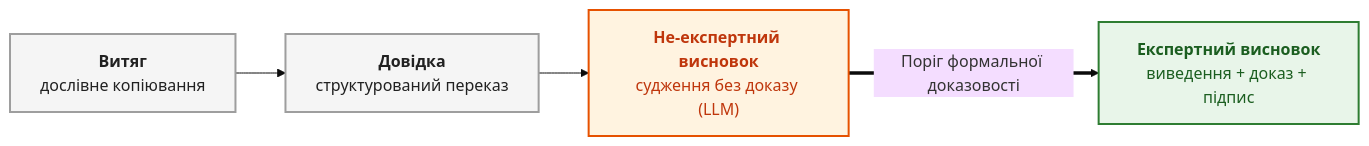
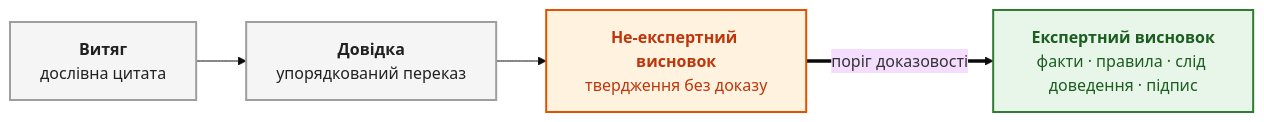
One commit to nick-fedchik/articles changed the second of 6 diagrams in ExpertSystem/ch03-beyond-reference-information-systems.md. Above: the diagram before and after it, drawn with Mermaid (base theme). The commit also changed other lines of this file and 3 other files, not shown here.

````diff
--- a/ExpertSystem/ch03-beyond-reference-information-systems.md
+++ b/ExpertSystem/ch03-beyond-reference-information-systems.md
@@ -153,17 +144,17 @@
 ```mermaid
 flowchart LR
-    accTitle: Сходинки доказовості вихідного артефакту
-    accDescr: Від простого витягу та довідки через не-експертний висновок до формально доведеного експертного висновку.
+    accTitle: Щаблі доказовості вихідного документа
+    accDescr: Витяг і довідка не створюють нового знання. Не-експертний висновок створює твердження без доказу. Експертний висновок з'являється лише після порогу доказовості, коли є факти, правила й слід доведення.
 
-    V["<b>Витяг</b><br/>дослівне копіювання"] --> D["<b>Довідка</b><br/>структурований переказ"]
-    D --> N["<b>Не-експертний висновок</b><br/>судження без доказу (LLM)"]
-    N ==>|"Поріг формальної доказовості"| E["<b>Експертний висновок</b><br/>виведення + доказ + підпис"]
+    V["<b>Витяг</b><br/>дослівна цитата"] --> D["<b>Довідка</b><br/>упорядкований переказ"]
+    D --> N["<b>Не-експертний висновок</b><br/>твердження без доказу"]
+    N ==>|"поріг доказовості"| E["<b>Експертний висновок</b><br/>факти · правила · слід доведення · підпис"]
 
     classDef basic fill:#f5f5f5,stroke:#9e9e9e,stroke-width:2px,color:#212121;
     classDef warn fill:#fff3e0,stroke:#e65100,stroke-width:2px,color:#bf360c;
     classDef good fill:#e8f5e9,stroke:#2e7d32,stroke-width:2px,color:#1b5e20;
 
     class V,D basic;
     class N warn;
     class E good;
 ```
````
